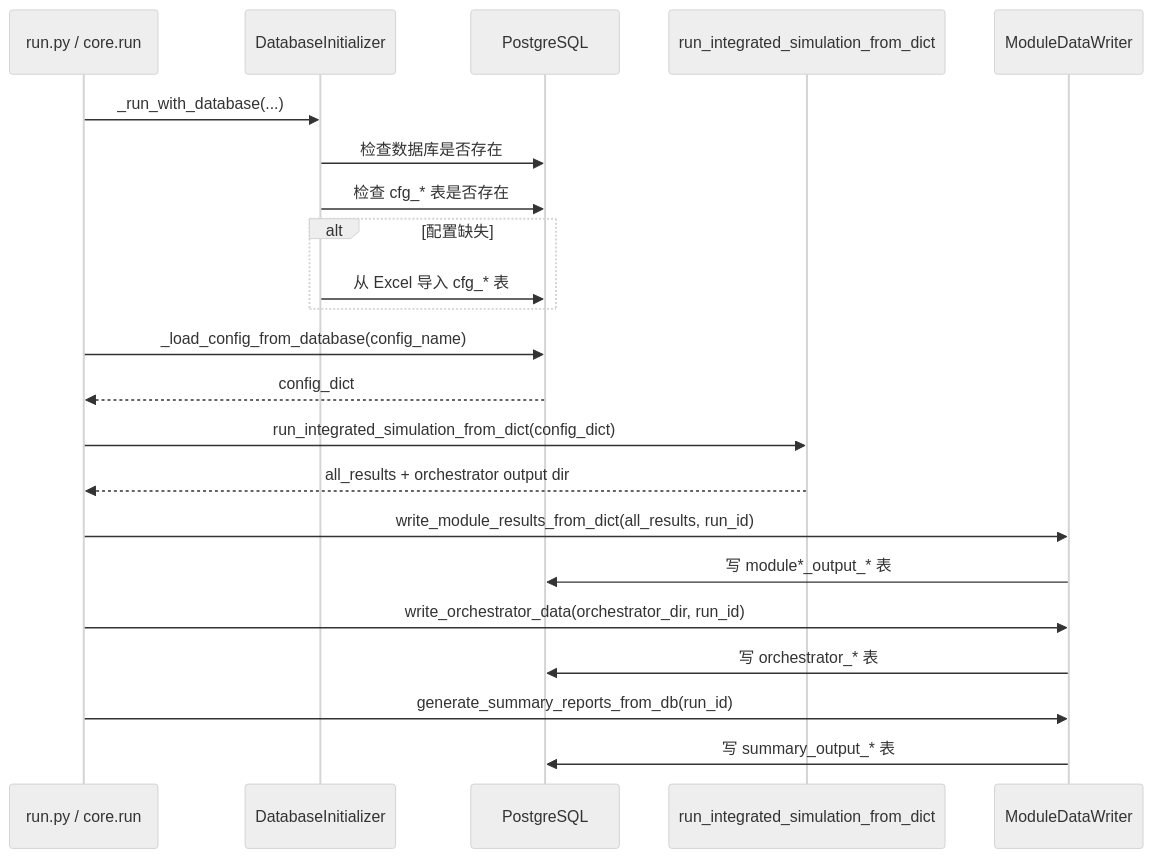
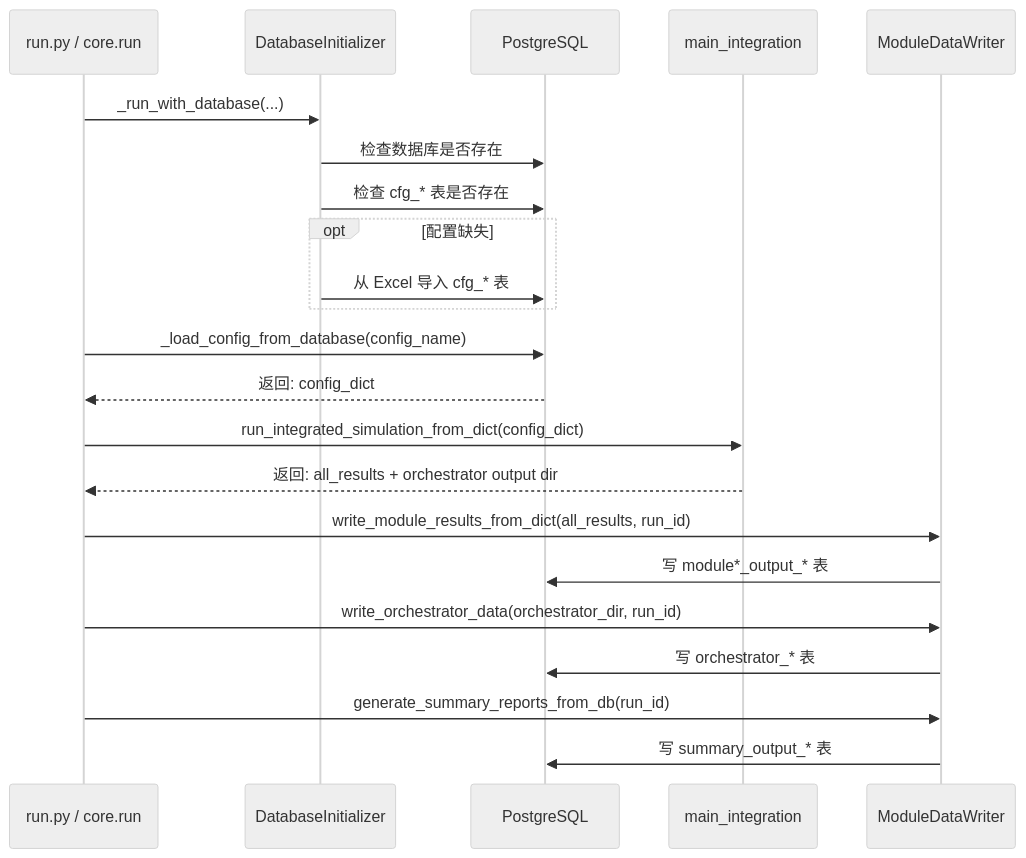
The ninth of 9 diagrams in docs/交接文档/Refactored/模块级时序图文档.md (senzhang-ps/chainsight), drawn with Mermaid (neutral theme) before and after one commit. The commit also changed other lines of this file, not shown here.

Commit message:
docs: 统一时序图格式 — 将M3/日末/DB模式的ASCII文本框转为Mermaid sequenceDiagram

````diff
--- a/docs/交接文档/Refactored/模块级时序图文档.md
+++ b/docs/交接文档/Refactored/模块级时序图文档.md
@@ -371,26 +373,25 @@
 ```mermaid
 sequenceDiagram
     participant CLI as run.py / core.run
     participant DBINIT as DatabaseInitializer
     participant DB as PostgreSQL
-    participant MAIN as run_integrated_simulation_from_dict
+    participant MAIN as main_integration
     participant WRITER as ModuleDataWriter
 
     CLI->>DBINIT: _run_with_database(...)
     DBINIT->>DB: 检查数据库是否存在
     DBINIT->>DB: 检查 cfg_* 表是否存在
-    alt 配置缺失
+    opt 配置缺失
         DBINIT->>DB: 从 Excel 导入 cfg_* 表
     end
-
     CLI->>DB: _load_config_from_database(config_name)
-    DB-->>CLI: config_dict
+    DB-->>CLI: 返回: config_dict
     CLI->>MAIN: run_integrated_simulation_from_dict(config_dict)
-    MAIN-->>CLI: all_results + orchestrator output dir
+    MAIN-->>CLI: 返回: all_results + orchestrator output dir
     CLI->>WRITER: write_module_results_from_dict(all_results, run_id)
     WRITER->>DB: 写 module*_output_* 表
     CLI->>WRITER: write_orchestrator_data(orchestrator_dir, run_id)
     WRITER->>DB: 写 orchestrator_* 表
     CLI->>WRITER: generate_summary_reports_from_db(run_id)
     WRITER->>DB: 写 summary_output_* 表
 ```
````
